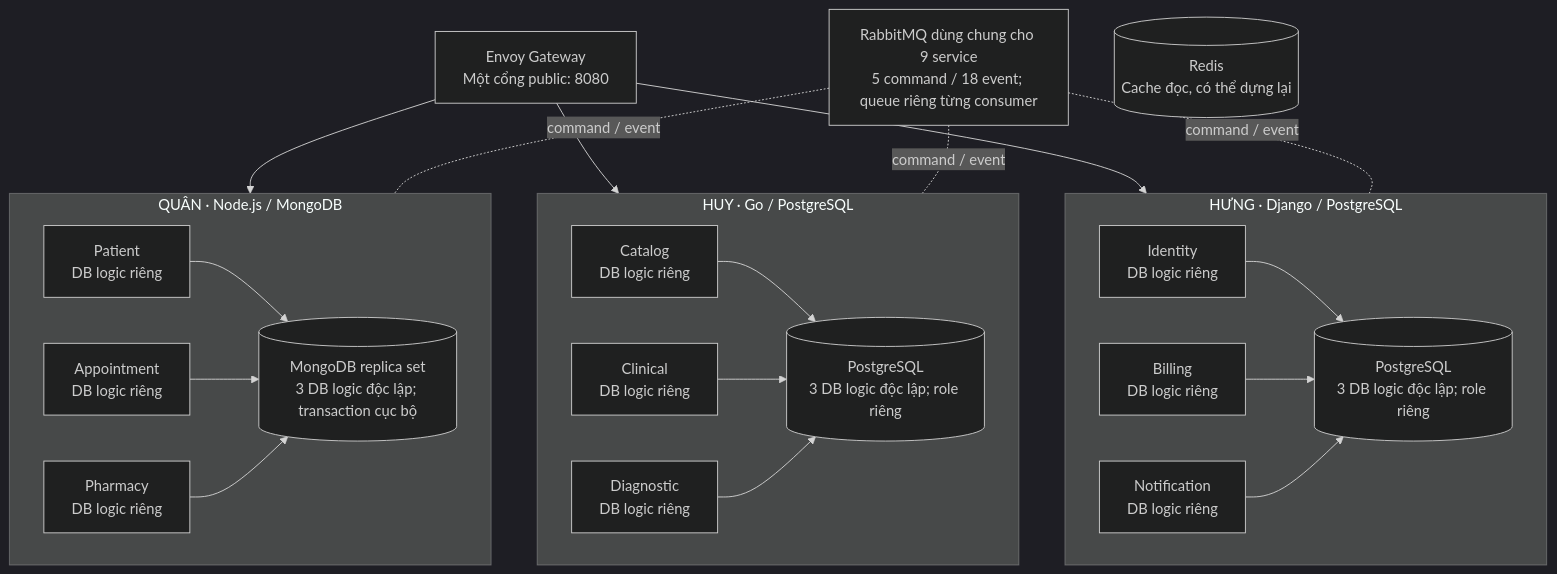
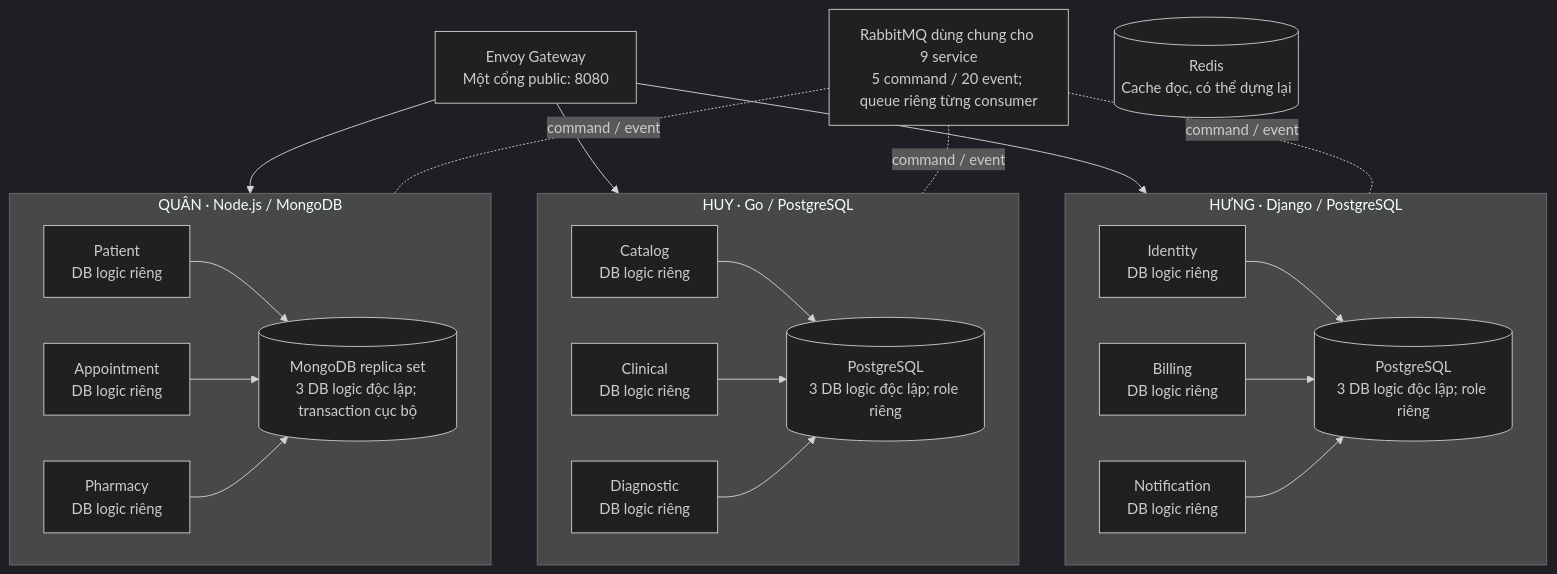
Before and after one commit to huyhcm2k5it/DoAn_PTPMHDV_Nhom5_PTITHCM: the second of 3 diagrams in docs/UMC_Care_Architecture.md, drawn with Mermaid (dark theme). The commit also changed other lines of this file and 67 other files, not shown here.

````diff
--- a/docs/UMC_Care_Architecture.md
+++ b/docs/UMC_Care_Architecture.md
@@ -69,45 +69,45 @@
 ```mermaid
 flowchart TB
     GW["Envoy Gateway<br/>Một cổng public: 8080"]
 
     subgraph QUAN["QUÂN · Node.js / MongoDB"]
         PAT["Patient<br/>DB logic riêng"]
         APP["Appointment<br/>DB logic riêng"]
         PHA["Pharmacy<br/>DB logic riêng"]
         MONGO[("MongoDB replica set<br/>3 DB logic độc lập; transaction cục bộ")]
         PAT --> MONGO
         APP --> MONGO
         PHA --> MONGO
     end
 
     subgraph HUY["HUY · Go / PostgreSQL"]
         CAT["Catalog<br/>DB logic riêng"]
         CLI["Clinical<br/>DB logic riêng"]
         DIA["Diagnostic<br/>DB logic riêng"]
         PGH[("PostgreSQL<br/>3 DB logic độc lập; role riêng")]
         CAT --> PGH
         CLI --> PGH
         DIA --> PGH
     end
 
     subgraph HUNG["HƯNG · Django / PostgreSQL"]
         IDE["Identity<br/>DB logic riêng"]
         BIL["Billing<br/>DB logic riêng"]
         NOTI["Notification<br/>DB logic riêng"]
         PGU[("PostgreSQL<br/>3 DB logic độc lập; role riêng")]
         IDE --> PGU
         BIL --> PGU
         NOTI --> PGU
     end
 
     GW --> QUAN
     GW --> HUY
     GW --> HUNG
 
-    MQ["RabbitMQ dùng chung cho 9 service<br/>5 command / 18 event; queue riêng từng consumer"]
+    MQ["RabbitMQ dùng chung cho 9 service<br/>5 command / 20 event; queue riêng từng consumer"]
     MQ -. "command / event" .- QUAN
     MQ -. "command / event" .- HUY
     MQ -. "command / event" .- HUNG
 
     REDIS[("Redis<br/>Cache đọc, có thể dựng lại")]
 ```
````
